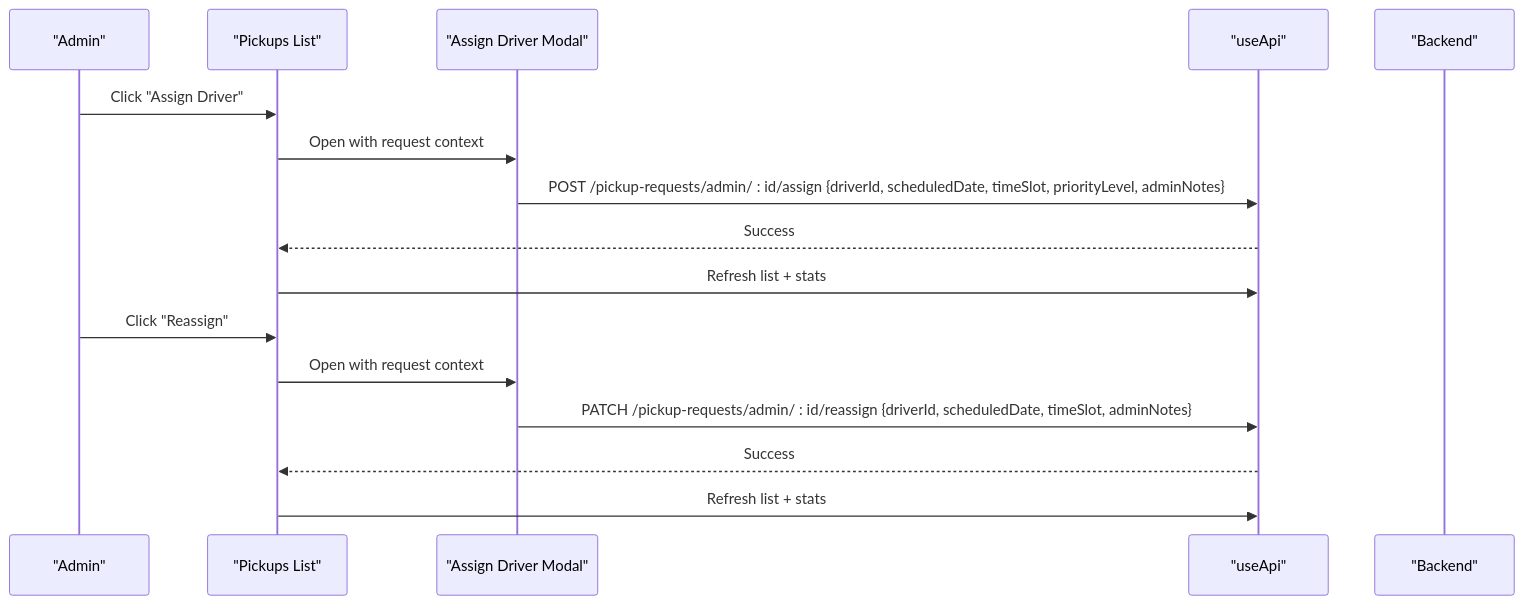
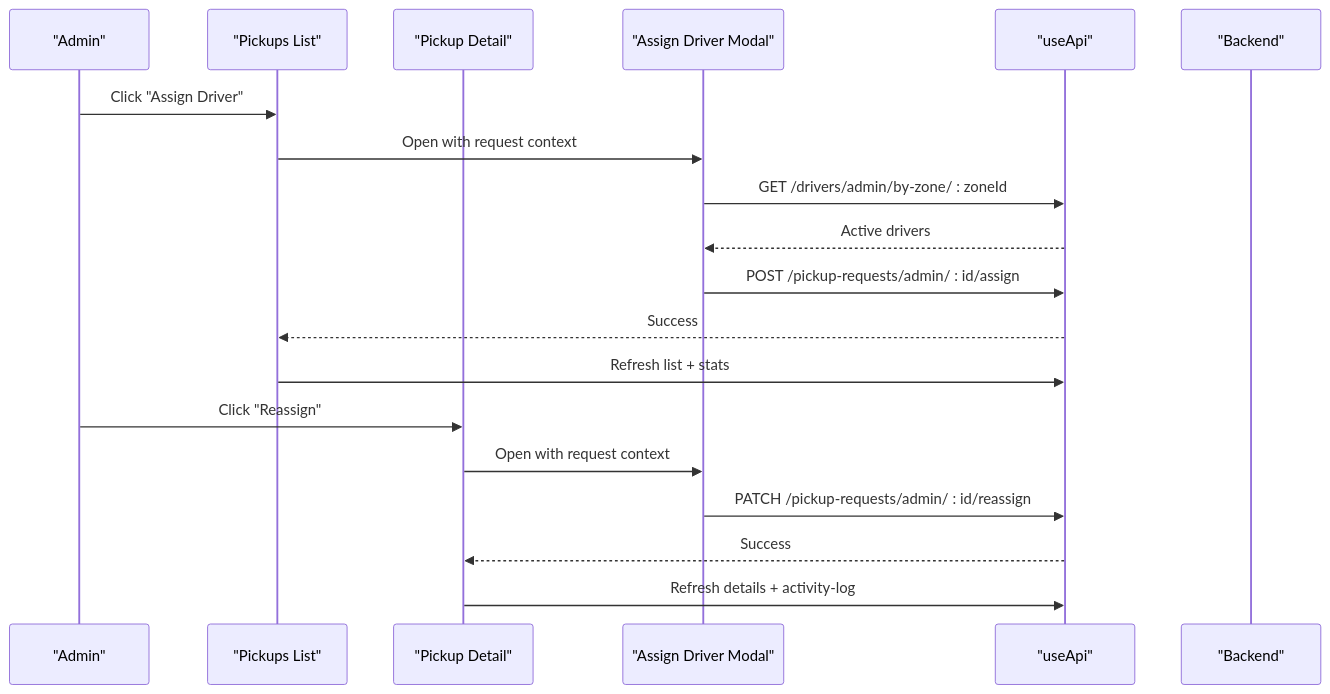
One commit to Lazynerd-Studios/lacarte-atlas-console changed the fifth of 13 diagrams in .qoder/repowiki/en/content/Business Modules/Pickup Operations.md. Above: the diagram before and after it, drawn with Mermaid. The commit also changed other lines of this file and 7 other files, not shown here.

````diff
--- a/.qoder/repowiki/en/content/Business Modules/Pickup Operations.md
+++ b/.qoder/repowiki/en/content/Business Modules/Pickup Operations.md
@@ -435,18 +425,21 @@
 ```mermaid
 sequenceDiagram
 participant Admin as "Admin"
 participant List as "Pickups List"
-participant Modal as "Assign Driver Modal"
+participant Detail as "Pickup Detail"
+participant AssignModal as "Assign Driver Modal"
 participant API as "useApi"
 participant Backend as "Backend"
 Admin->>List : Click "Assign Driver"
-List->>Modal : Open with request context
-Modal->>API : POST /pickup-requests/admin/ : id/assign {driverId, scheduledDate, timeSlot, priorityLevel, adminNotes}
+List->>AssignModal : Open with request context
+AssignModal->>API : GET /drivers/admin/by-zone/ : zoneId
+API-->>AssignModal : Active drivers
+AssignModal->>API : POST /pickup-requests/admin/ : id/assign
 API-->>List : Success
 List->>API : Refresh list + stats
-Admin->>List : Click "Reassign"
-List->>Modal : Open with request context
-Modal->>API : PATCH /pickup-requests/admin/ : id/reassign {driverId, scheduledDate, timeSlot, adminNotes}
-API-->>List : Success
-List->>API : Refresh list + stats
+Admin->>Detail : Click "Reassign"
+Detail->>AssignModal : Open with request context
+AssignModal->>API : PATCH /pickup-requests/admin/ : id/reassign
+API-->>Detail : Success
+Detail->>API : Refresh details + activity-log
 ```
````
